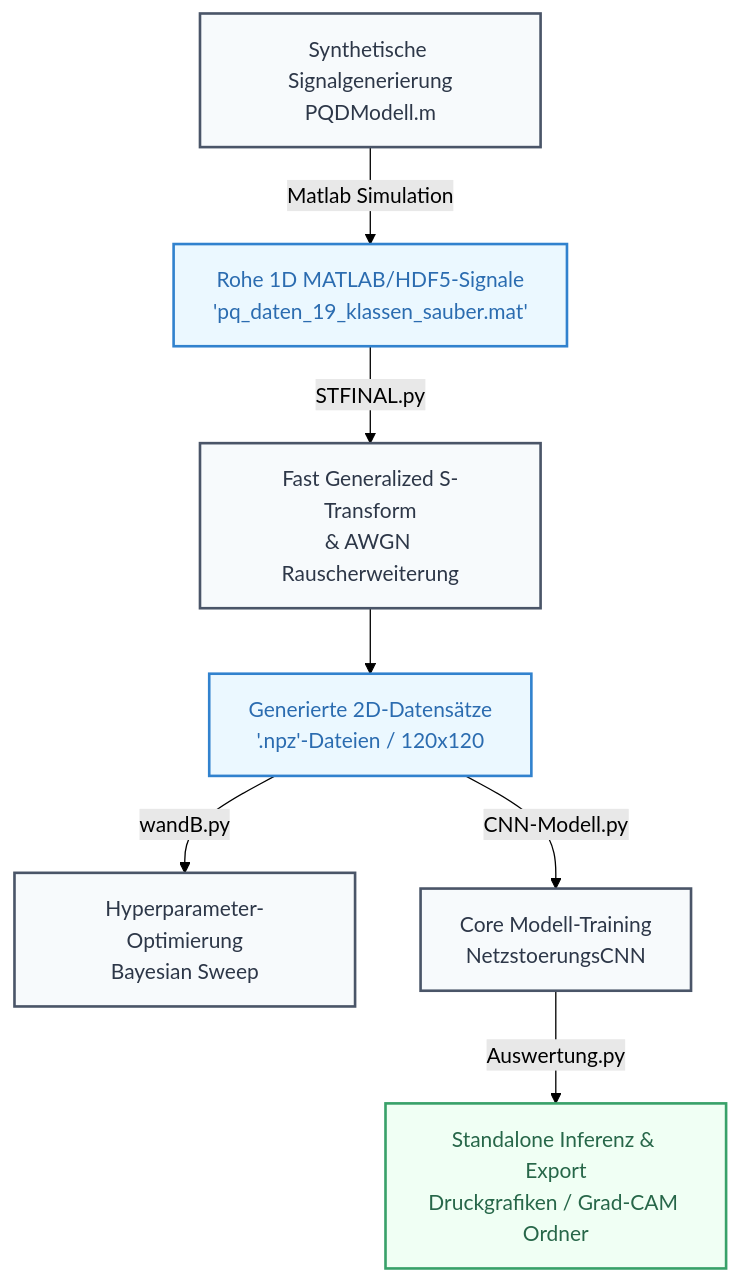
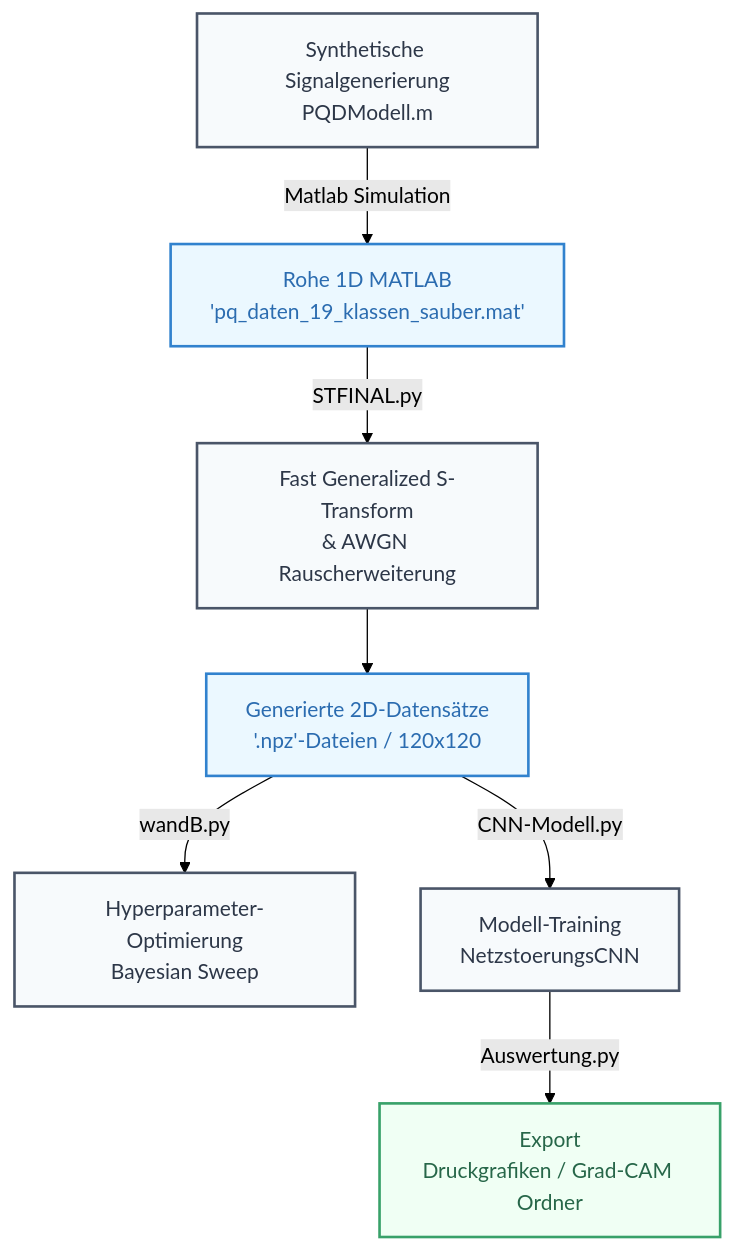
The first of 6 diagrams in README.md (ammo96/pandapower-test), drawn with Mermaid (forest theme) before and after one commit.

Commit message:
Update README.md for clarity in signal descriptions

````diff
--- a/README.md
+++ b/README.md
@@ -11,29 +11,29 @@
 ```mermaid
 graph TD
     %% Nodes
     A0[Synthetische Signalgenerierung<br/>PQDModell.m]
-    A[Rohe 1D MATLAB/HDF5-Signale<br/>'pq_daten_19_klassen_sauber.mat'] 
+    A[Rohe 1D MATLAB<br/>'pq_daten_19_klassen_sauber.mat'] 
     B[Fast Generalized S-Transform<br/>& AWGN Rauscherweiterung]
     C[Generierte 2D-Datensätze<br/>'.npz'-Dateien / 120x120]
     D[Hyperparameter-Optimierung<br/>Bayesian Sweep]
-    E[Core Modell-Training<br/>NetzstoerungsCNN]
-    F[Standalone Inferenz & Export<br/>Druckgrafiken / Grad-CAM Ordner]
+    E[Modell-Training<br/>NetzstoerungsCNN]
+    F[Export<br/>Druckgrafiken / Grad-CAM Ordner]
 
     %% Pipeline Flow
     A0 -->|Matlab Simulation| A
     A -->|STFINAL.py| B
     B --> C
     C -->|wandB.py| D
     C -->|CNN-Modell.py| E
     E -->|Auswertung.py| F
 
     %% Styling
     classDef process fill:#f7fafc,stroke:#4a5568,stroke-width:2px,color:#2d3748;
     classDef data fill:#ebf8ff,stroke:#3182ce,stroke-width:2px,color:#2b6cb0;
     classDef output fill:#f0fff4,stroke:#38a169,stroke-width:2px,color:#276749;
     
     class A,C data;
     class A0,B,D,E process;
     class F output;
 
 ```
````
